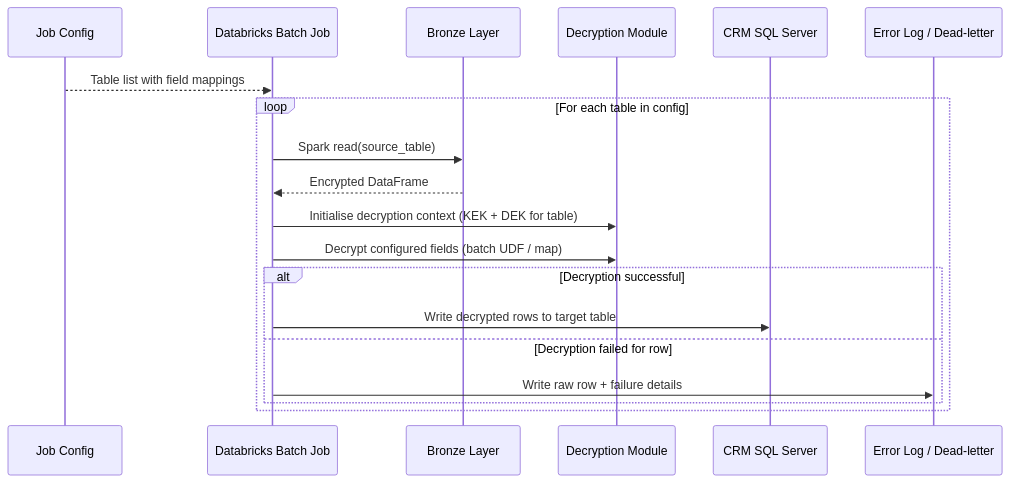
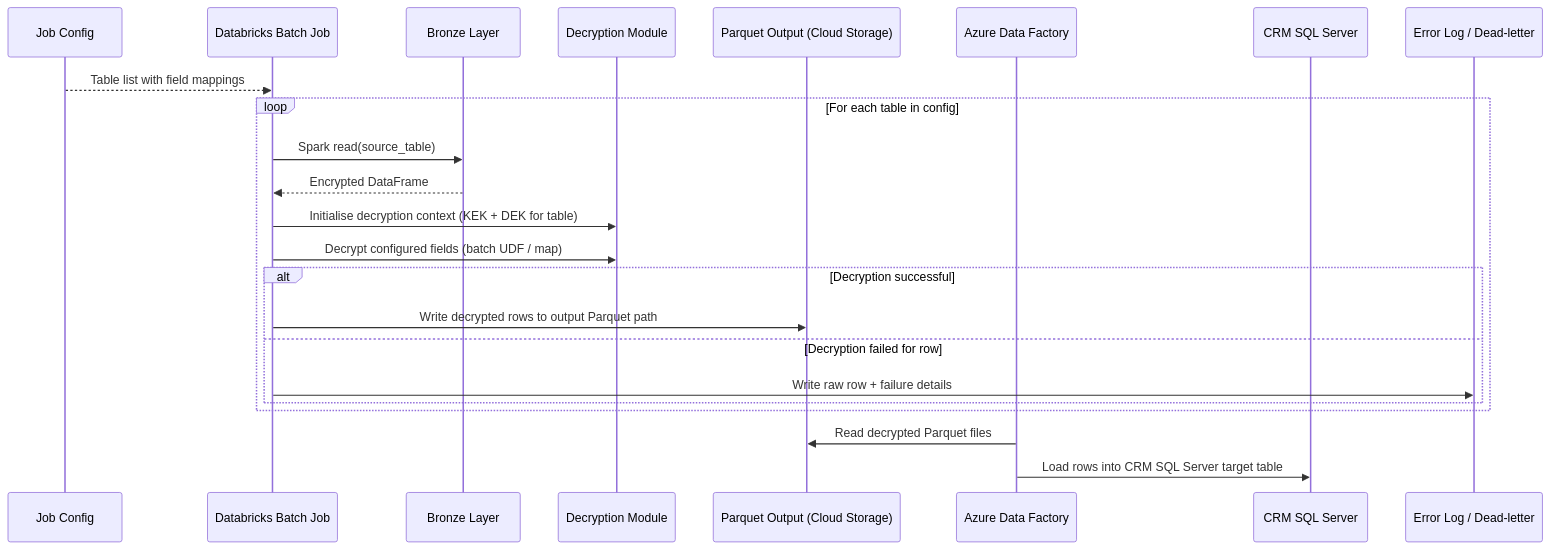
Before and after one commit to imgokhan-rakbank/crm-decryption-low-level-design: the second of 3 diagrams in integrations/casmex-data-decryption/low-level-design.md, drawn with Mermaid. The commit also changed other lines of this file, not shown here.

Commit message:
docs: update initial load target from SQL Server direct write to Parquet + ADF

````diff
--- a/integrations/casmex-data-decryption/low-level-design.md
+++ b/integrations/casmex-data-decryption/low-level-design.md
@@ -166,22 +168,26 @@
 ```mermaid
 sequenceDiagram
     participant Config as Job Config
     participant Job as Databricks Batch Job
     participant Bronze as Bronze Layer
     participant Crypto as Decryption Module
+    participant Parquet as Parquet Output (Cloud Storage)
+    participant ADF as Azure Data Factory
     participant SQL as CRM SQL Server
     participant ErrLog as Error Log / Dead-letter
 
     Config-->>Job: Table list with field mappings
     loop For each table in config
         Job->>Bronze: Spark read(source_table)
         Bronze-->>Job: Encrypted DataFrame
         Job->>Crypto: Initialise decryption context (KEK + DEK for table)
         Job->>Crypto: Decrypt configured fields (batch UDF / map)
         alt Decryption successful
-            Job->>SQL: Write decrypted rows to target table
+            Job->>Parquet: Write decrypted rows to output Parquet path
         else Decryption failed for row
             Job->>ErrLog: Write raw row + failure details
         end
     end
+    ADF->>Parquet: Read decrypted Parquet files
+    ADF->>SQL: Load rows into CRM SQL Server target table
 ```
````
